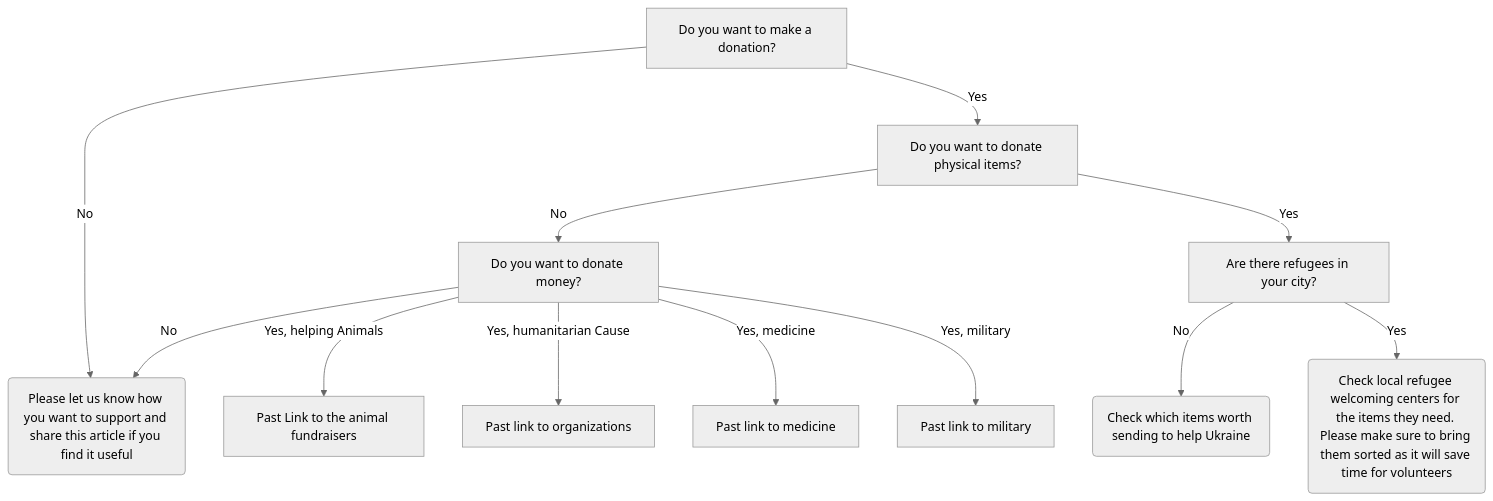
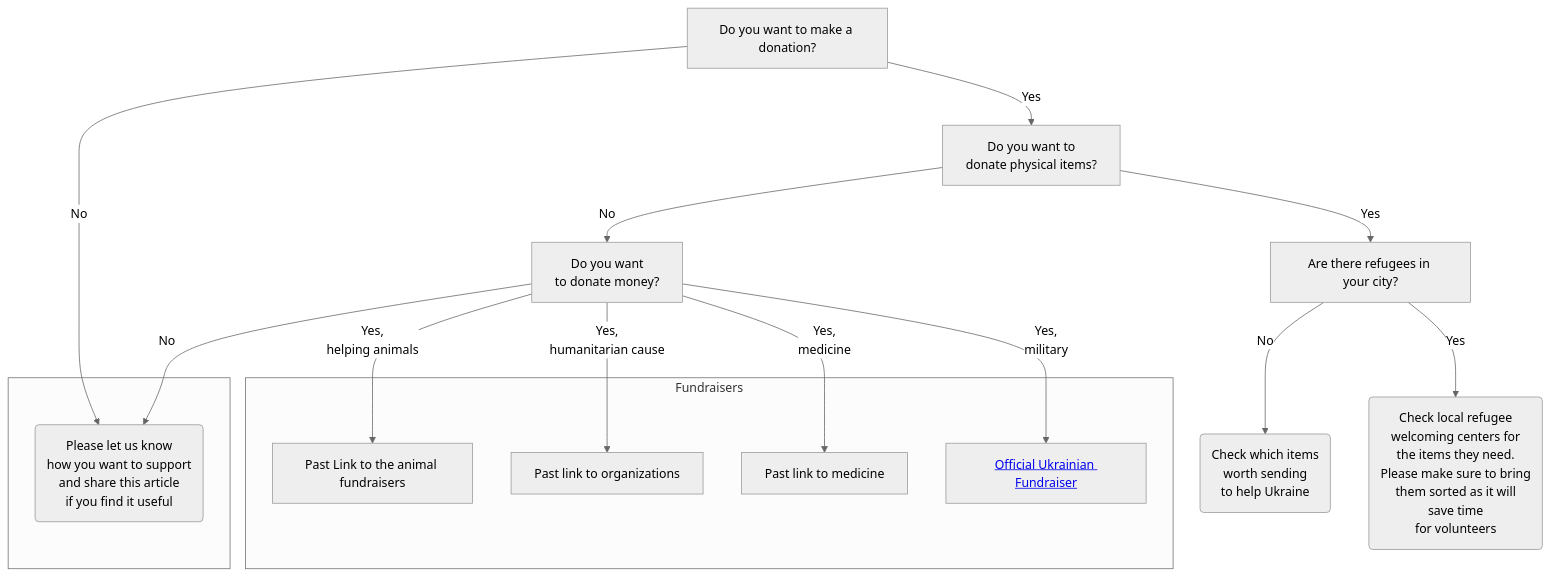
Before and after one commit to o-levchenko/publications: the second of 2 diagrams in volunteer_chart/volunteer.md, drawn with Mermaid.

Commit message:
More changes

````diff
--- a/volunteer_chart/volunteer.md
+++ b/volunteer_chart/volunteer.md
@@ -26,15 +26,25 @@
 ```mermaid
 %%{init: {'theme':'neutral'}}%%
 flowchart TD;
-    B[Do you want to make a donation?] -->|No| E(Please let us know how you want to support and share this article if you find it useful)
-    B -->|Yes| C[Do you want to donate physical items?]
-    C -->|No| D[Do you want to donate money?]
+    B[Do you want to make a donation?] -->|No| E(Please let us know<br/>how you want to support<br/>and share this article<br/>if you find it useful)
+    B -->|Yes| C[Do you want to<br/>donate physical items?]
+    C -->|No| D[Do you want<br/>to donate money?]
     D -->|No| E
-    D -->|Yes, helping Animals| F[Past Link to the animal fundraisers]
-    D -->|Yes, humanitarian Cause| G[Past link to organizations]
-    D -->|Yes, medicine| H[Past link to medicine]
-    D -->|Yes, military| I[Past link to military]
+    D -->|Yes,<br/>helping animals| F[Past Link to the animal fundraisers]
+    D -->|Yes,<br/>humanitarian cause| G[Past link to organizations]
+    D -->|Yes,<br/>medicine| H[Past link to medicine]
+    D -->|Yes,<br/>military| I[<a href='https://u24.gov.ua/'>Official Ukrainian Fundraiser</a>]
     C -->|Yes| J[Are there refugees in your city?]
-    J -->|No| K(Check which items worth sending to help Ukraine)
-    J -->|Yes| L(Check local refugee welcoming centers for the items they need. Please make sure to bring them sorted as it will save time for volunteers)
+    J -->|No| K(Check which items<br/>worth sending<br/>to help Ukraine)
+    J -->|Yes| L(Check local refugee<br/>welcoming centers for<br/>the items they need.<br/>Please make sure to bring<br/>them sorted as it will<br/>save time<br/>for volunteers)
+    subgraph Fundraisers
+        F
+        G
+        H
+        I
+    end
+    
+    subgraph  
+        E
+    end
 ```
````
